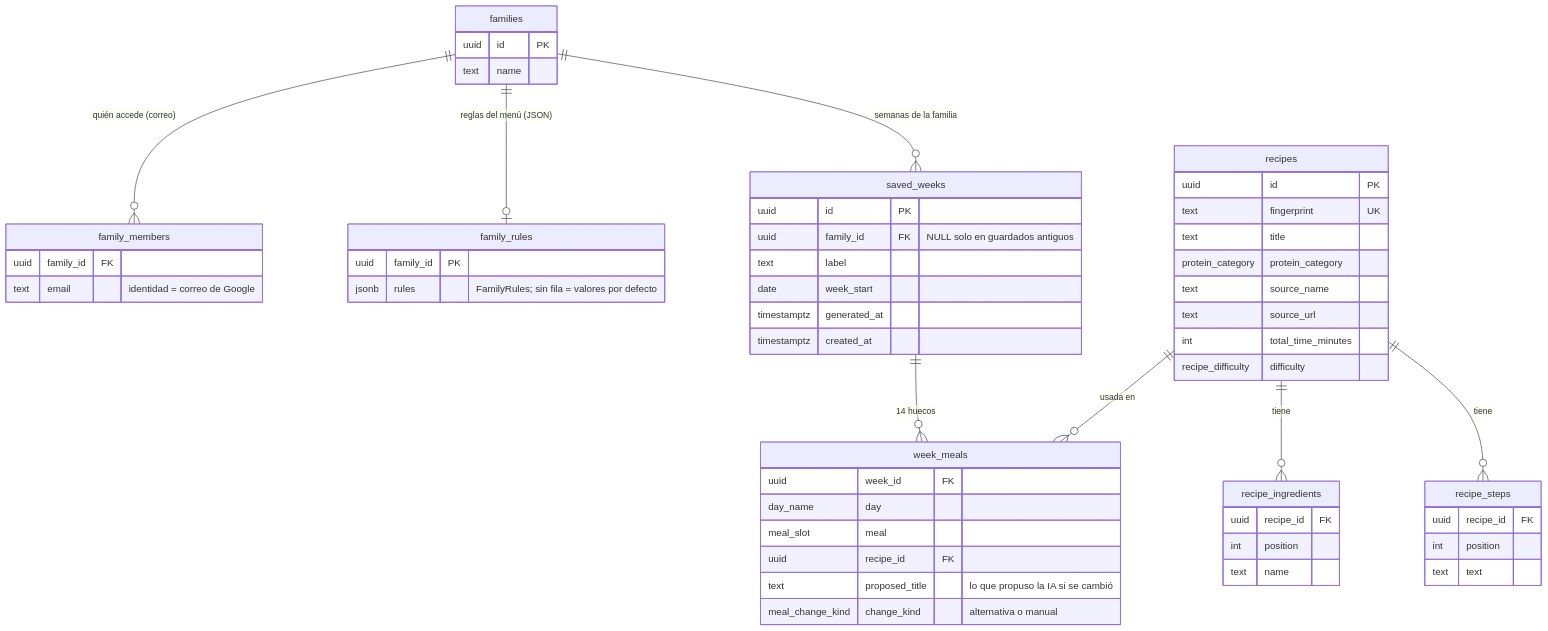
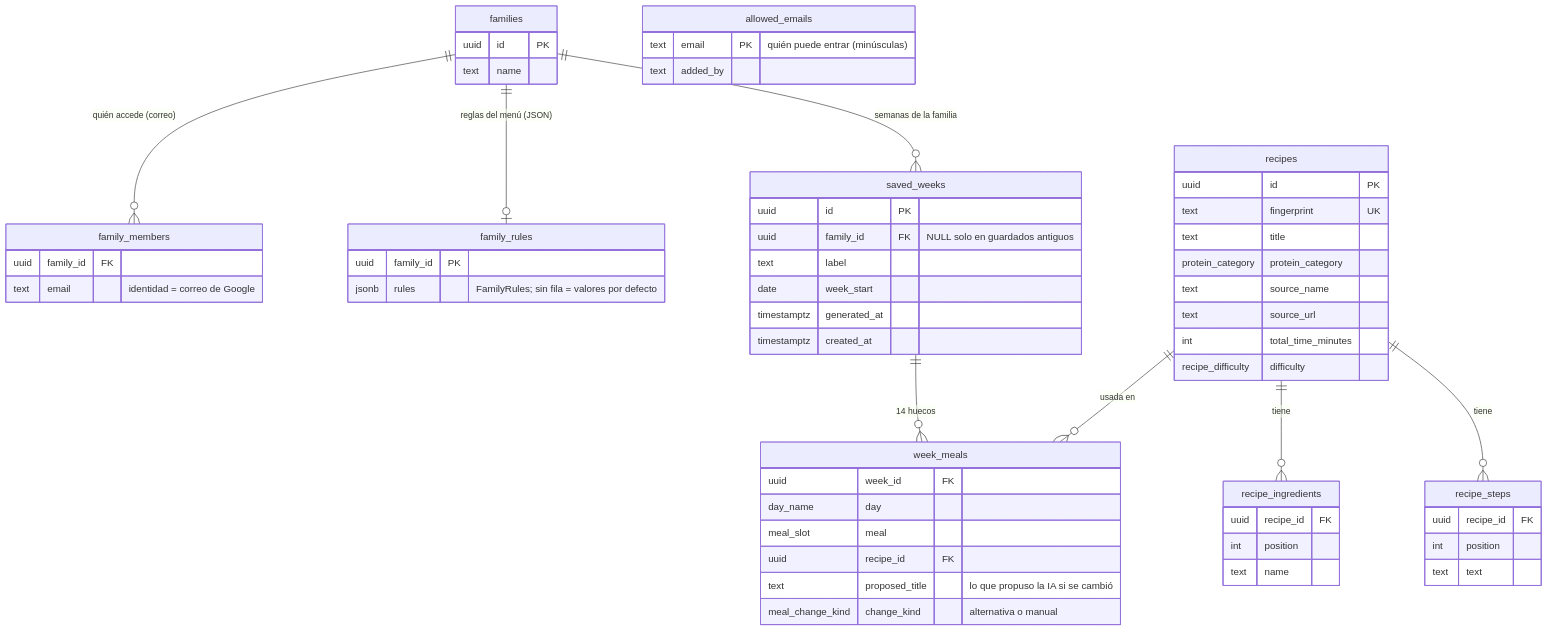
The fourth of 4 diagrams in docs/arquitectura.md (borjarfp/mesamia), drawn with Mermaid before and after one commit. The commit also changed 24 other files, not shown here.

````diff
--- a/docs/arquitectura.md
+++ b/docs/arquitectura.md
@@ -145,59 +145,63 @@
 ```mermaid
 erDiagram
   families ||--o{ family_members : "quién accede (correo)"
+  allowed_emails {
+    text email PK "quién puede entrar (minúsculas)"
+    text added_by
+  }
   families ||--o| family_rules : "reglas del menú (JSON)"
   families ||--o{ saved_weeks : "semanas de la familia"
   saved_weeks ||--o{ week_meals : "14 huecos"
   recipes ||--o{ week_meals : "usada en"
   recipes ||--o{ recipe_ingredients : "tiene"
   recipes ||--o{ recipe_steps : "tiene"
 
   families {
     uuid id PK
     text name
   }
   family_rules {
     uuid family_id PK
     jsonb rules "FamilyRules; sin fila = valores por defecto"
   }
   family_members {
     uuid family_id FK
     text email "identidad = correo de Google"
   }
   saved_weeks {
     uuid id PK
     uuid family_id FK "NULL solo en guardados antiguos"
     text label
     date week_start
     timestamptz generated_at
     timestamptz created_at
   }
   week_meals {
     uuid week_id FK
     day_name day
     meal_slot meal
     uuid recipe_id FK
     text proposed_title "lo que propuso la IA si se cambió"
     meal_change_kind change_kind "alternativa o manual"
   }
   recipes {
     uuid id PK
     text fingerprint UK
     text title
     protein_category protein_category
     text source_name
     text source_url
     int total_time_minutes
     recipe_difficulty difficulty
   }
   recipe_ingredients {
     uuid recipe_id FK
     int position
     text name
   }
   recipe_steps {
     uuid recipe_id FK
     int position
     text text
   }
 ```
````
